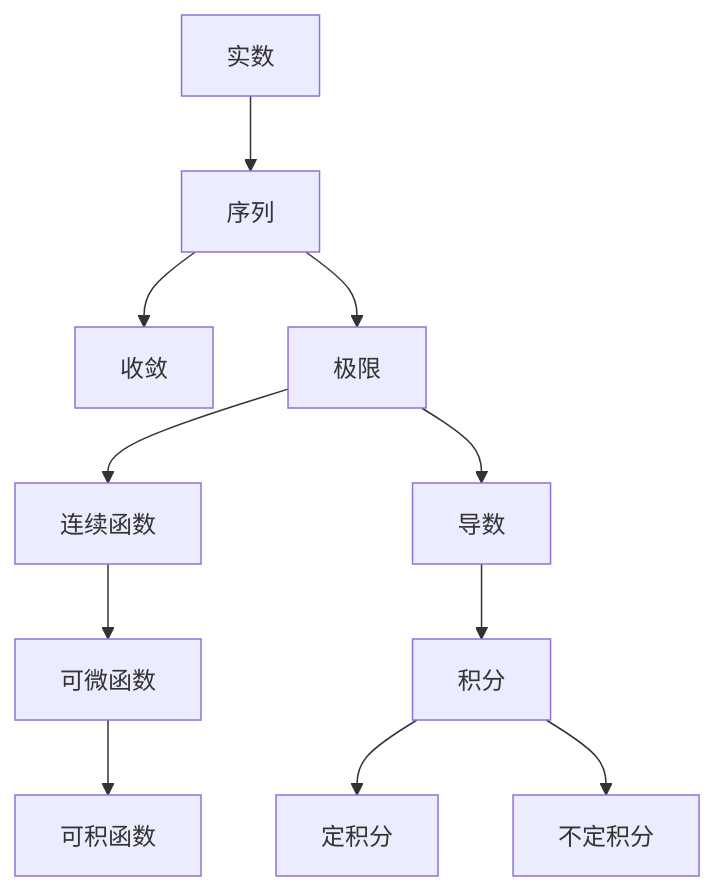
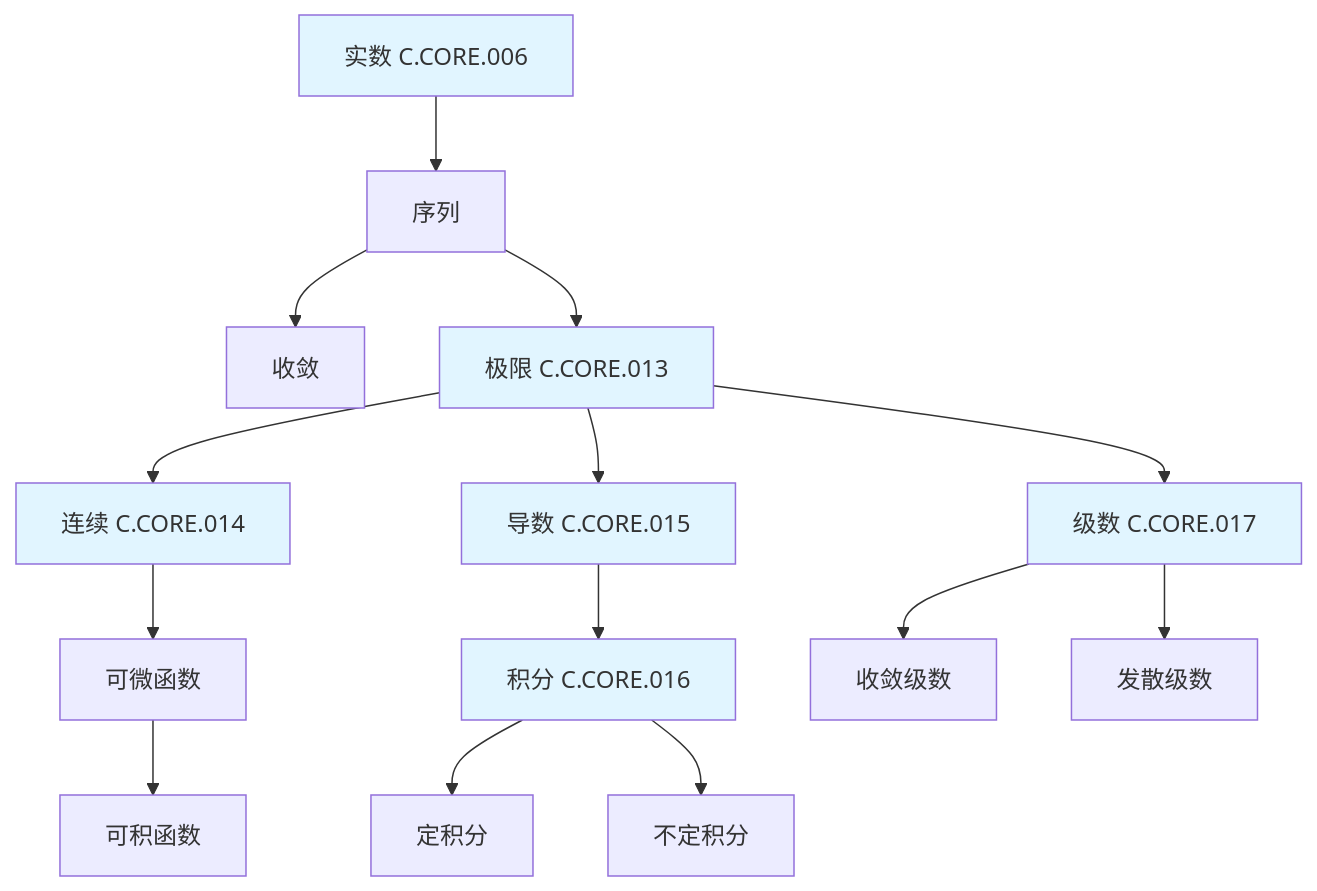
Diagram 12 of 22 in concept/05-知识关联网络/01-概念级关联网络.md (AdaMartin18010/FormalMath), drawn with Mermaid before and after one commit. The commit also changed other lines of this file and 45 other files, not shown here.

````diff
--- a/concept/05-知识关联网络/01-概念级关联网络.md
+++ b/concept/05-知识关联网络/01-概念级关联网络.md
@@ -255,13 +381,23 @@
 ```mermaid
 graph TD
-    A[实数] --> B[序列]
+    A[实数 C.CORE.006] --> B[序列]
     B --> C[收敛]
-    B --> D[极限]
-    D --> E[连续函数]
+    B --> D[极限 C.CORE.013]
+    D --> E[连续 C.CORE.014]
     E --> F[可微函数]
     F --> G[可积函数]
-    D --> H[导数]
-    H --> I[积分]
+    D --> H[导数 C.CORE.015]
+    H --> I[积分 C.CORE.016]
     I --> J[定积分]
     I --> K[不定积分]
+    D --> L[级数 C.CORE.017]
+    L --> M[收敛级数]
+    L --> N[发散级数]
+
+    style A fill:#e1f5ff
+    style D fill:#e1f5ff
+    style E fill:#e1f5ff
+    style H fill:#e1f5ff
+    style I fill:#e1f5ff
+    style L fill:#e1f5ff
 ```
````
